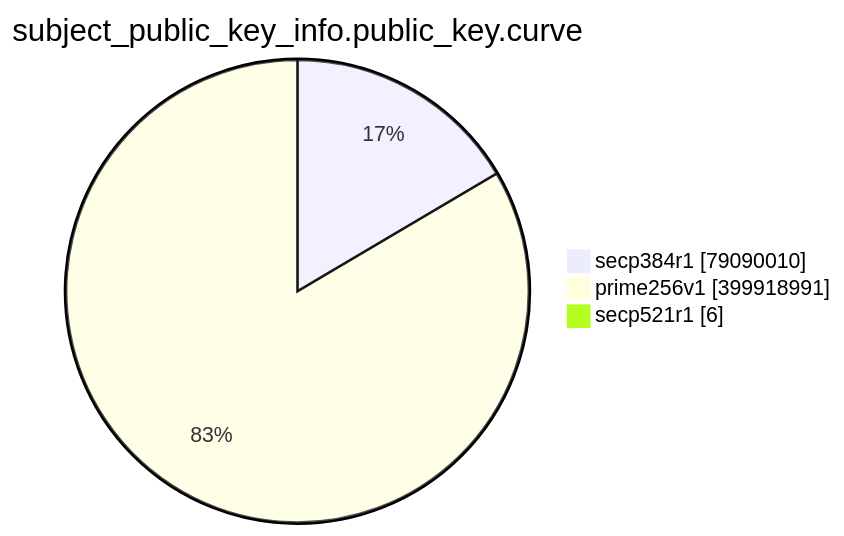
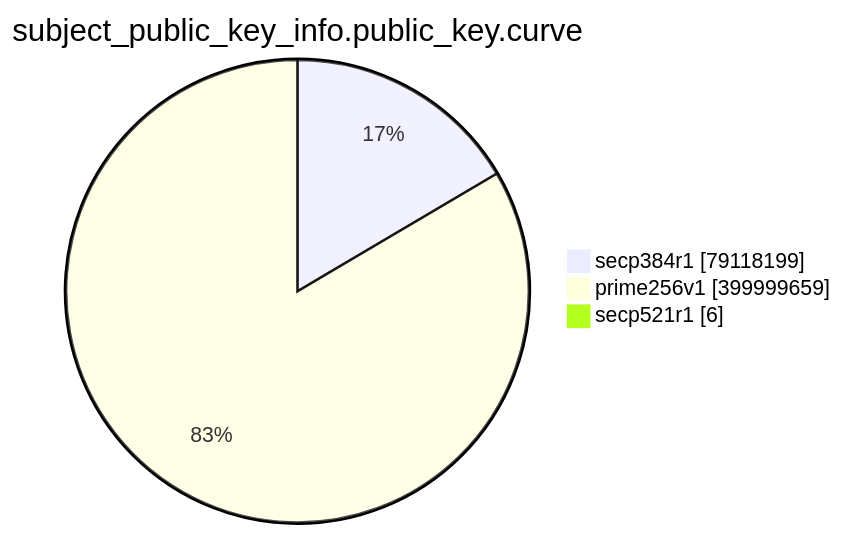
Before and after one commit to christiankrug/ctmonitor_visualization: the eighth of 15 diagrams in TOTAL/README.md, drawn with Mermaid. The commit also changed other lines of this file, not shown here.

````diff
--- a/TOTAL/README.md
+++ b/TOTAL/README.md
@@ -3095,7 +3095,7 @@
 ```mermaid
 pie showData
 title subject_public_key_info.public_key.curve
-"secp384r1" :79090010
-"prime256v1" :399918991
+"secp384r1" :79118199
+"prime256v1" :399999659
 "secp521r1" :6
 ```
````
